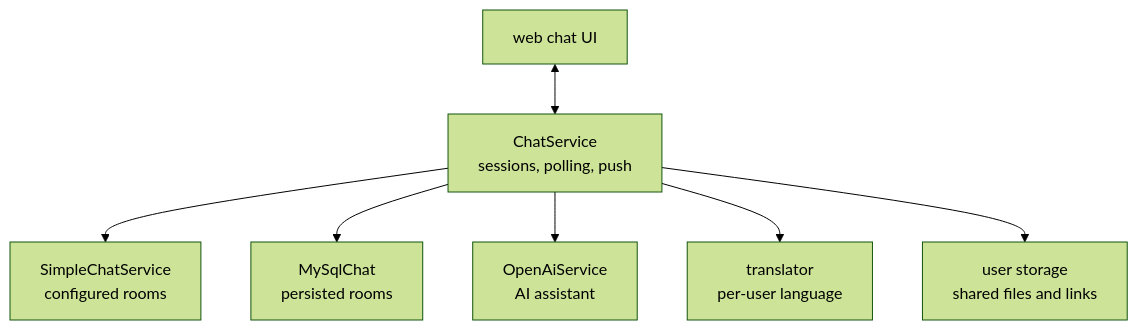
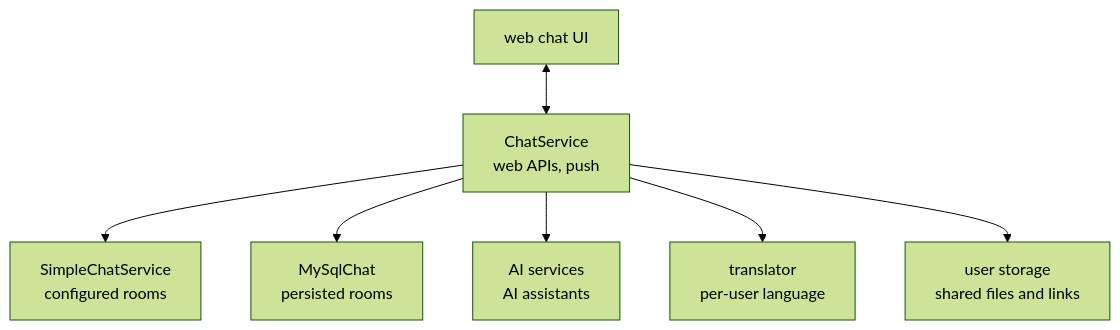
One commit to dosh1974/SysWeaver changed the diagram in SysWeaver.Chat/README.md. Above: the diagram before and after it, drawn with Mermaid (forest theme). The commit also changed other lines of this file and 532 other files, not shown here.

````diff
--- a/SysWeaver.Chat/README.md
+++ b/SysWeaver.Chat/README.md
@@ -18,9 +18,9 @@
 ```mermaid
 flowchart TB
-  UI["web chat UI"] <--> CS["ChatService<br/>sessions, polling, push"]
+  UI["web chat UI"] <--> CS["ChatService<br/>web APIs, push"]
   CS --> P1["SimpleChatService<br/>configured rooms"]
   CS --> P2["MySqlChat<br/>persisted rooms"]
-  CS --> P3["OpenAiService<br/>AI assistant"]
+  CS --> P3["AI services<br/>AI assistants"]
   CS --> Tr["translator<br/>per-user language"]
   CS --> US["user storage<br/>shared files and links"]
 ```
````
